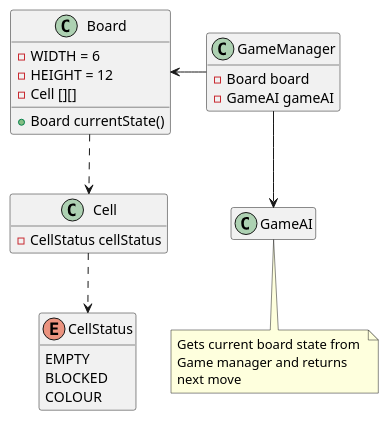
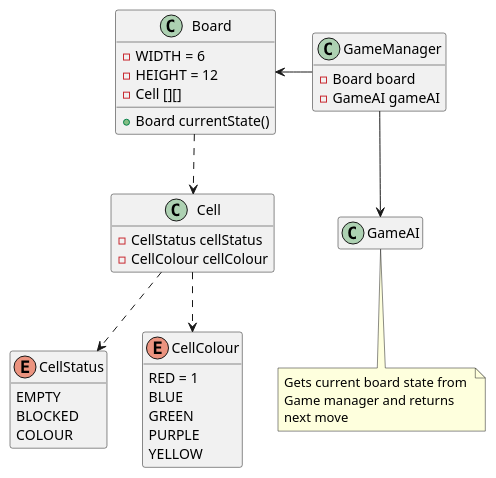
Before and after one commit to binu-manoharan/CGBF: the diagram in docs/game-structure.puml, drawn with PlantUML.

Commit message:
Update class diagram

```diff
--- a/docs/game-structure.puml
+++ b/docs/game-structure.puml
@@ -1,41 +1,51 @@
 @startuml
 
 hide empty fields
 hide empty methods
 
 class GameManager {
     - Board board
     - GameAI gameAI
 }
 
 class Board {
     - WIDTH = 6
     - HEIGHT = 12
     - Cell [][]
     + Board currentState()
 }
 
 class Cell {
     - CellStatus cellStatus
+    - CellColour cellColour
 }
 
 enum CellStatus {
     EMPTY
     BLOCKED
     COLOUR
 }
 
+enum CellColour {
+    RED = 1
+    BLUE
+    GREEN
+    PURPLE
+    YELLOW
+}
+
 class GameAI {
 
 }
 
+Cell ..> CellColour
 Cell ..> CellStatus
 Board ..> Cell
 GameManager --l> Board
 GameManager --> GameAI
 
 note bottom of GameAI: Gets current board state from \
 \nGame manager and returns \
 \nnext move
 
 @enduml
```
